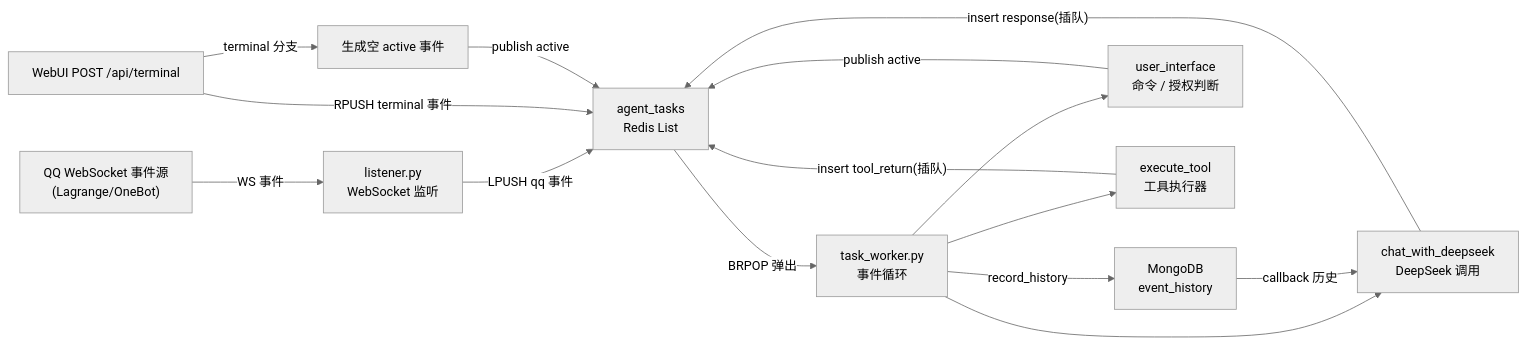
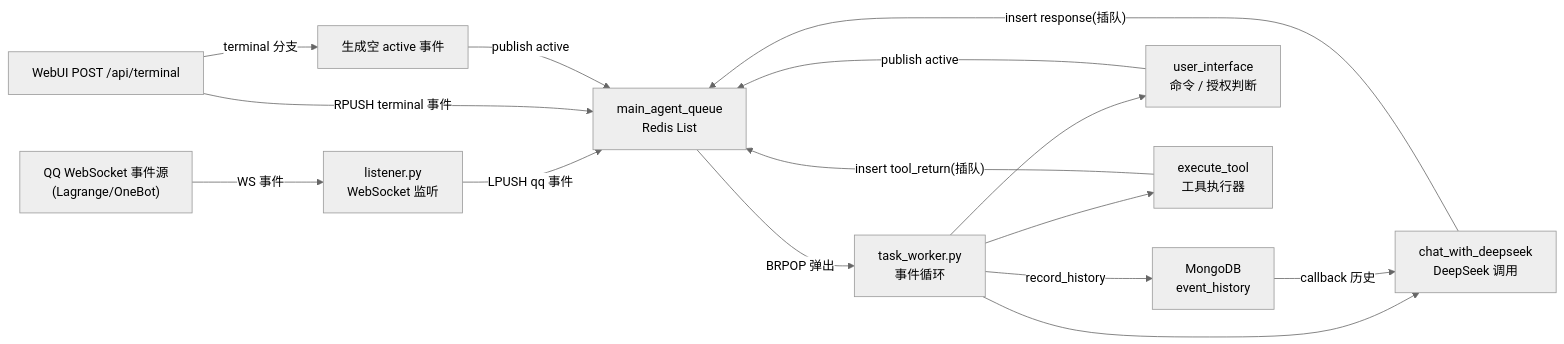
Before and after one commit to g-Ironfox/AAgent: the diagram in docs/01-系统架构.md, drawn with Mermaid (neutral theme). The commit also changed other lines of this file and 32 other files, not shown here.

````diff
--- a/docs/01-系统架构.md
+++ b/docs/01-系统架构.md
@@ -34,17 +34,17 @@
 ```mermaid
 flowchart LR
     WS["QQ WebSocket 事件源<br/>(Lagrange/OneBot)"] -->|"WS 事件"| L["listener.py<br/>WebSocket 监听"]
-    L -->|"LPUSH qq 事件"| Q["agent_tasks<br/>Redis List"]
+    L -->|"LPUSH qq 事件"| Q["main_agent_queue<br/>Redis List"]
     WEB["WebUI POST /api/terminal"] -->|"RPUSH terminal 事件"| Q
     Q -->|"BRPOP 弹出"| W["task_worker.py<br/>事件循环"]
     W -->|"record_history"| H["MongoDB<br/>event_history"]
     W --> UI["user_interface<br/>命令 / 授权判断"]
     UI -->|"publish active"| Q
     WEB -->|"terminal 分支"| ACTIVE["生成空 active 事件"]
     ACTIVE -->|"publish active"| Q
     W --> LLM["chat_with_deepseek<br/>DeepSeek 调用"]
     LLM -->|"insert response(插队)"| Q
     W --> TOOL["execute_tool<br/>工具执行器"]
     TOOL -->|"insert tool_return(插队)"| Q
     H -->|"callback 历史"| LLM
 ```
````
